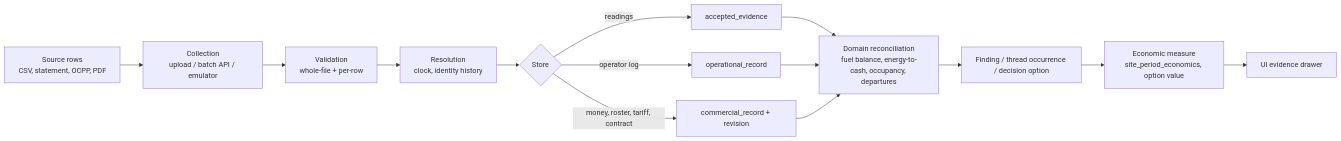
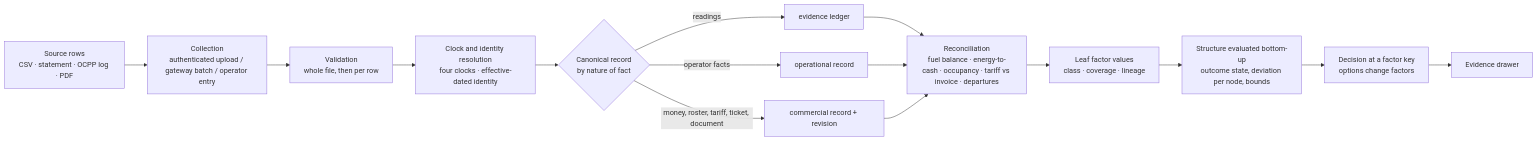
One commit to bineyame/AssetOpsV1 changed the first of 2 diagrams in Docs/demo-sprint/product-direction-layer4/integration-source-to-canonical-design.md. Above: the diagram before and after it, drawn with Mermaid. The commit also changed other lines of this file and 148 other files, not shown here.

Commit message:
Layer 4 design pack rev 4: fundamental redesign per owner feedback (review REVISE: H1 Protect factors, M1-M3)

````diff
--- a/Docs/demo-sprint/product-direction-layer4/integration-source-to-canonical-design.md
+++ b/Docs/demo-sprint/product-direction-layer4/integration-source-to-canonical-design.md
@@ -109,14 +195,15 @@
 ```mermaid
 flowchart LR
-  A[Source rows<br/>CSV, statement, OCPP, PDF] --> B[Collection<br/>upload / batch API / emulator]
-  B --> C[Validation<br/>whole-file + per-row]
-  C --> D[Resolution<br/>clock, identity history]
-  D --> E{Store}
-  E -->|readings| E1[accepted_evidence]
-  E -->|operator log| E2[operational_record]
-  E -->|money, roster, tariff, contract| E3[commercial_record + revision]
-  E1 & E2 & E3 --> F[Domain reconciliation<br/>fuel balance, energy-to-cash, occupancy, departures]
-  F --> G[Finding / thread occurrence / decision option]
-  G --> H[Economic measure<br/>site_period_economics, option value]
-  H --> I[UI evidence drawer]
+  A[Source rows<br/>CSV · statement · OCPP log · PDF] --> B[Collection<br/>authenticated upload / gateway batch / operator entry]
+  B --> C[Validation<br/>whole file, then per row]
+  C --> D[Clock and identity resolution<br/>four clocks · effective-dated identity]
+  D --> E{Canonical record<br/>by nature of fact}
+  E -->|readings| E1[evidence ledger]
+  E -->|operator facts| E2[operational record]
+  E -->|money, roster, tariff, ticket, document| E3[commercial record + revision]
+  E1 & E2 & E3 --> F[Reconciliation<br/>fuel balance · energy-to-cash · occupancy · tariff vs invoice · departures]
+  F --> G[Leaf factor values<br/>class · coverage · lineage]
+  G --> H[Structure evaluated bottom-up<br/>outcome state, deviation per node, bounds]
+  H --> I[Decision at a factor key<br/>options change factors]
+  I --> J[Evidence drawer]
 ```
````
